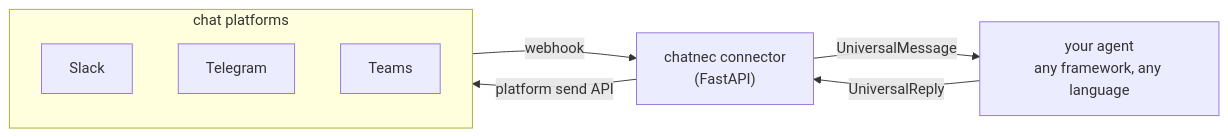
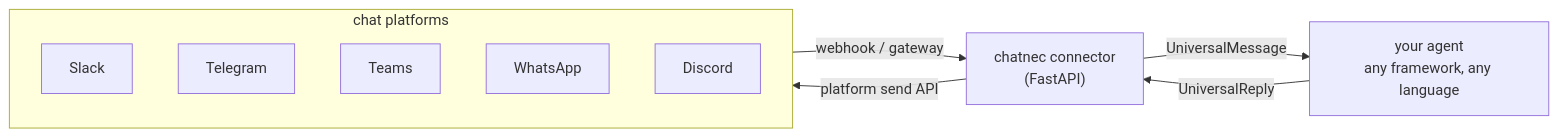
One commit to Nivesh30/chatnec changed the diagram in README.md. Above: the diagram before and after it, drawn with Mermaid. The commit also changed other lines of this file and 32 other files, not shown here.

````diff
--- a/README.md
+++ b/README.md
@@ -48,14 +52,16 @@
 ```mermaid
 flowchart LR
     subgraph Platforms["chat platforms"]
         direction TB
         Slack
         Telegram
         Teams
+        WhatsApp
+        Discord
     end
 
-    Platforms -- "webhook" --> Connector["chatnec connector<br/>(FastAPI)"]
+    Platforms -- "webhook / gateway" --> Connector["chatnec connector<br/>(FastAPI)"]
     Connector -- "UniversalMessage" --> Agent["your agent<br/>any framework, any language"]
     Agent -- "UniversalReply" --> Connector
     Connector -- "platform send API" --> Platforms
 ```
````
